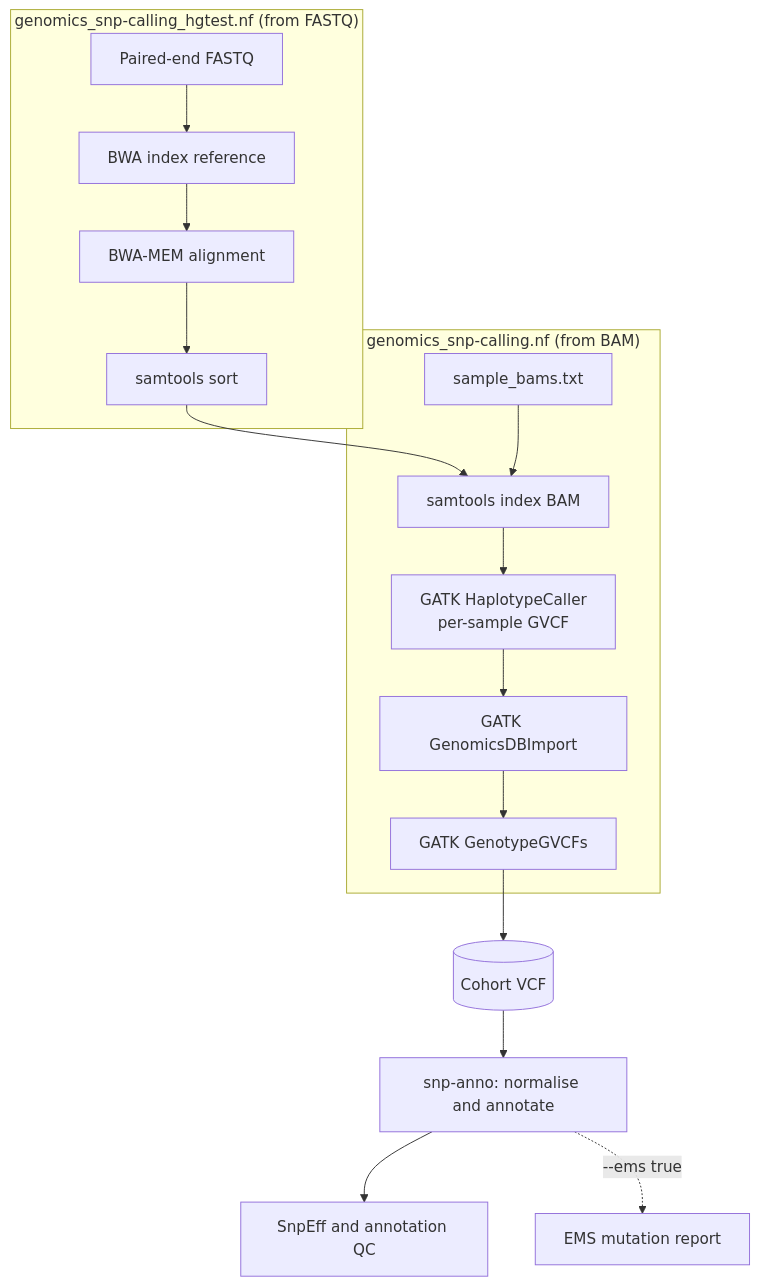
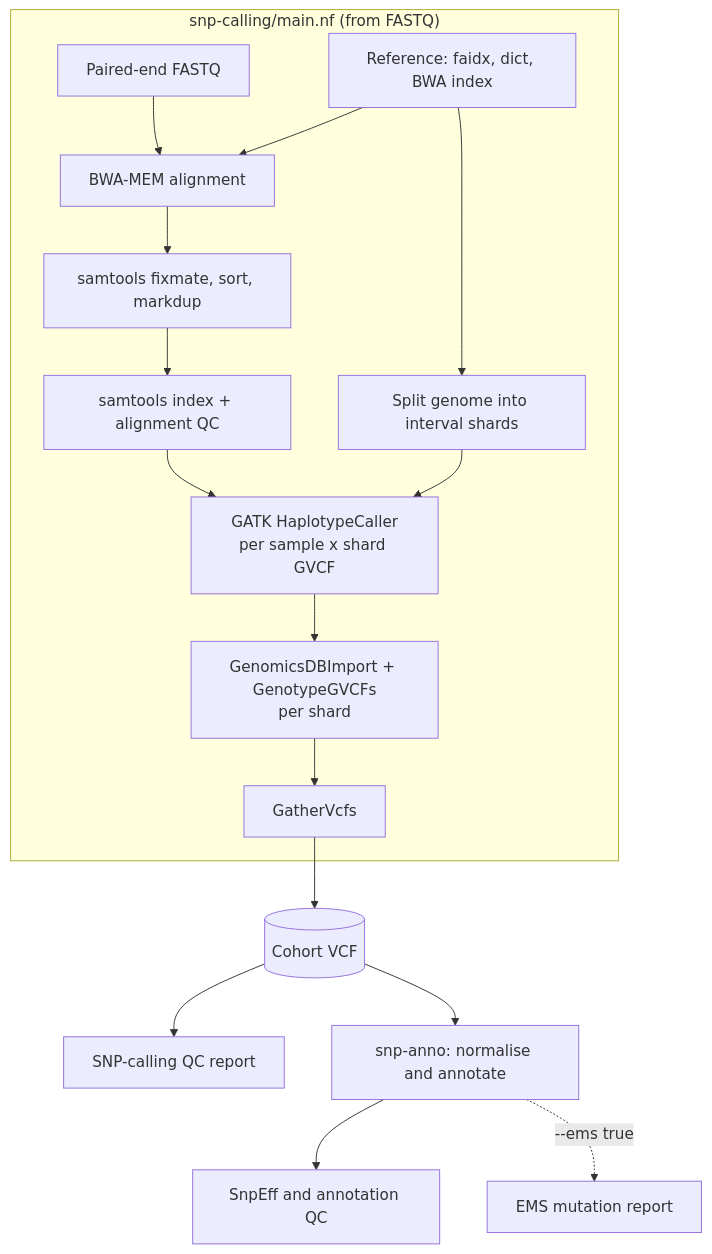
The diagram in README.md (svsgvarma/nf_wgs_emsdb), drawn with Mermaid before and after one commit. The commit also changed other lines of this file and 12 other files, not shown here.

Commit message:
Update Dockerfile and README for improved SNP calling workflow; add new modules for SnpEff and Snpsift integration, and enhance .gitignore

````diff
--- a/README.md
+++ b/README.md
@@ -39,19 +35,19 @@
 ```mermaid
 flowchart TD
-    subgraph FQ["genomics_snp-calling_hgtest.nf (from FASTQ)"]
-        A[Paired-end FASTQ] --> B[BWA index reference]
-        B --> C[BWA-MEM alignment]
-        C --> D[samtools sort]
-    end
-    D --> E
-    subgraph BAM["genomics_snp-calling.nf (from BAM)"]
-        F[sample_bams.txt] --> E[samtools index BAM]
-        E --> G[GATK HaplotypeCaller<br/>per-sample GVCF]
-        G --> H[GATK GenomicsDBImport]
-        H --> I[GATK GenotypeGVCFs]
+    subgraph SC["snp-calling/main.nf (from FASTQ)"]
+        A[Paired-end FASTQ] --> C[BWA-MEM alignment]
+        B[Reference: faidx, dict, BWA index] --> C
+        C --> D[samtools fixmate, sort, markdup]
+        D --> E[samtools index + alignment QC]
+        B --> S[Split genome into interval shards]
+        E --> G[GATK HaplotypeCaller<br/>per sample x shard GVCF]
+        S --> G
+        G --> H[GenomicsDBImport + GenotypeGVCFs<br/>per shard]
+        H --> I[GatherVcfs]
     end
     I --> J[(Cohort VCF)]
+    J --> Q[SNP-calling QC report]
    J --> K[snp-anno: normalise and annotate]
    K --> L[SnpEff and annotation QC]
    K -. --ems true .-> M[EMS mutation report]
 ```
````
